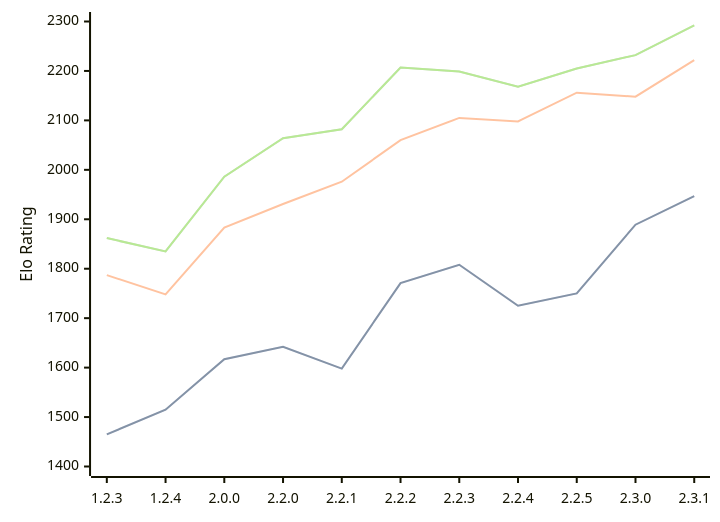
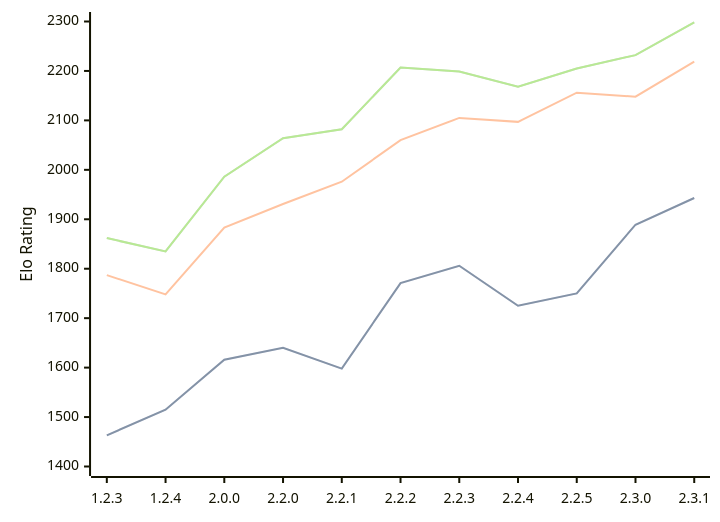
Before and after one commit to computer-chess-index/cci: the third of 3 diagrams in engines/Kreveta.md, drawn with Mermaid. The commit also changed other lines of this file, not shown here.

Commit message:
Update CCI Ratings (ELO VLTC) - 2026-06-20

````diff
--- a/engines/Kreveta.md
+++ b/engines/Kreveta.md
@@ -76,11 +76,11 @@
 ```mermaid
 %%{init: {"theme":"base","themeVariables":{"seriesColors:['#a3a3a3','#222221','#faa371']}}}%%
 xychart-beta
   x-axis ["1.2.3", "1.2.4", "2.0.0", "2.2.0", "2.2.1", "2.2.2", "2.2.3", "2.2.4", "2.2.5", "2.3.0", "2.3.1"]
   y-axis "Elo Rating" 1400 --> 2300
-  line "STC (8.0+0.08s)" [1465, 1515, 1617, 1642, 1598, 1771, 1808, 1725, 1750, 1889, 1947]
-  line "STC (8.0+0.08s)" [1465, 1515, 1617, 1642, 1598, 1771, 1808, 1725, 1750, 1889, 1947]
-  line "LTC (60.0+0.60s)" [1787, 1748, 1883, 1931, 1976, 2060, 2105, 2098, 2156, 2148, 2222]
-  line "VLTC (2m24s+1.12s)" [1862, 1835, 1986, 2064, 2082, 2207, 2199, 2168, 2205, 2232, 2292]
-  line "VLTC (2m24s+1.12s)" [1862, 1835, 1986, 2064, 2082, 2207, 2199, 2168, 2205, 2232, 2292]
+  line "STC (8.0+0.08s)" [1463, 1515, 1616, 1640, 1598, 1771, 1806, 1725, 1750, 1889, 1943]
+  line "STC (8.0+0.08s)" [1463, 1515, 1616, 1640, 1598, 1771, 1806, 1725, 1750, 1889, 1943]
+  line "LTC (60.0+0.60s)" [1787, 1748, 1883, 1931, 1976, 2060, 2105, 2097, 2156, 2148, 2219]
+  line "VLTC (2m24s+1.12s)" [1862, 1835, 1986, 2064, 2082, 2207, 2199, 2168, 2205, 2232, 2298]
+  line "VLTC (2m24s+1.12s)" [1862, 1835, 1986, 2064, 2082, 2207, 2199, 2168, 2205, 2232, 2298]
 ```
````
